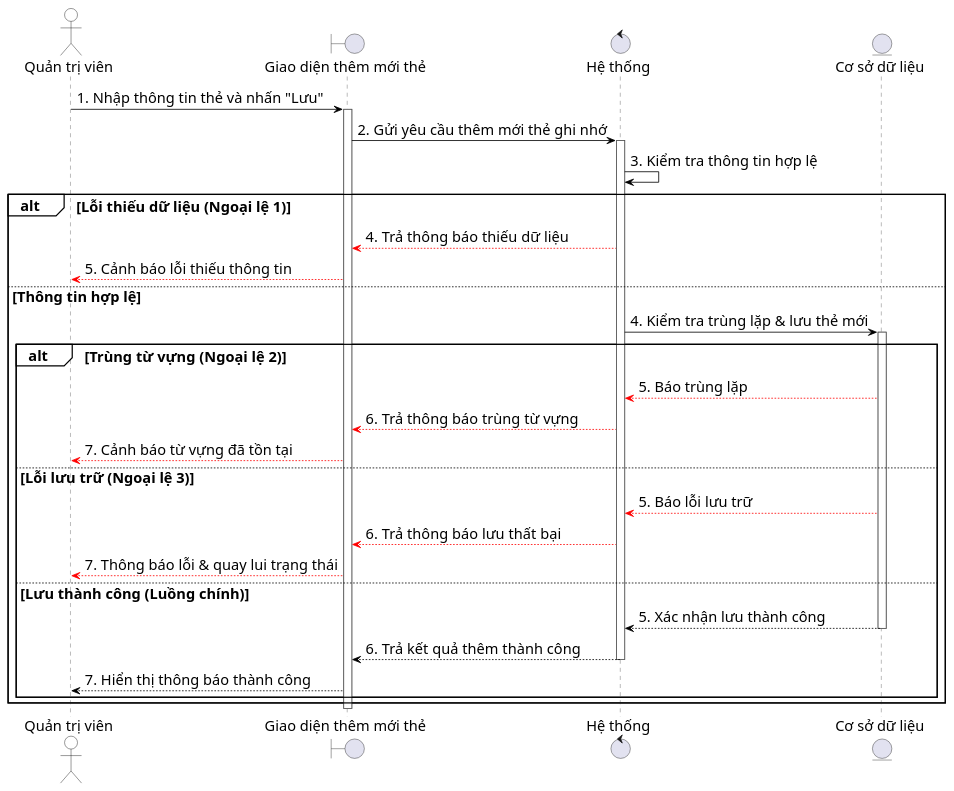
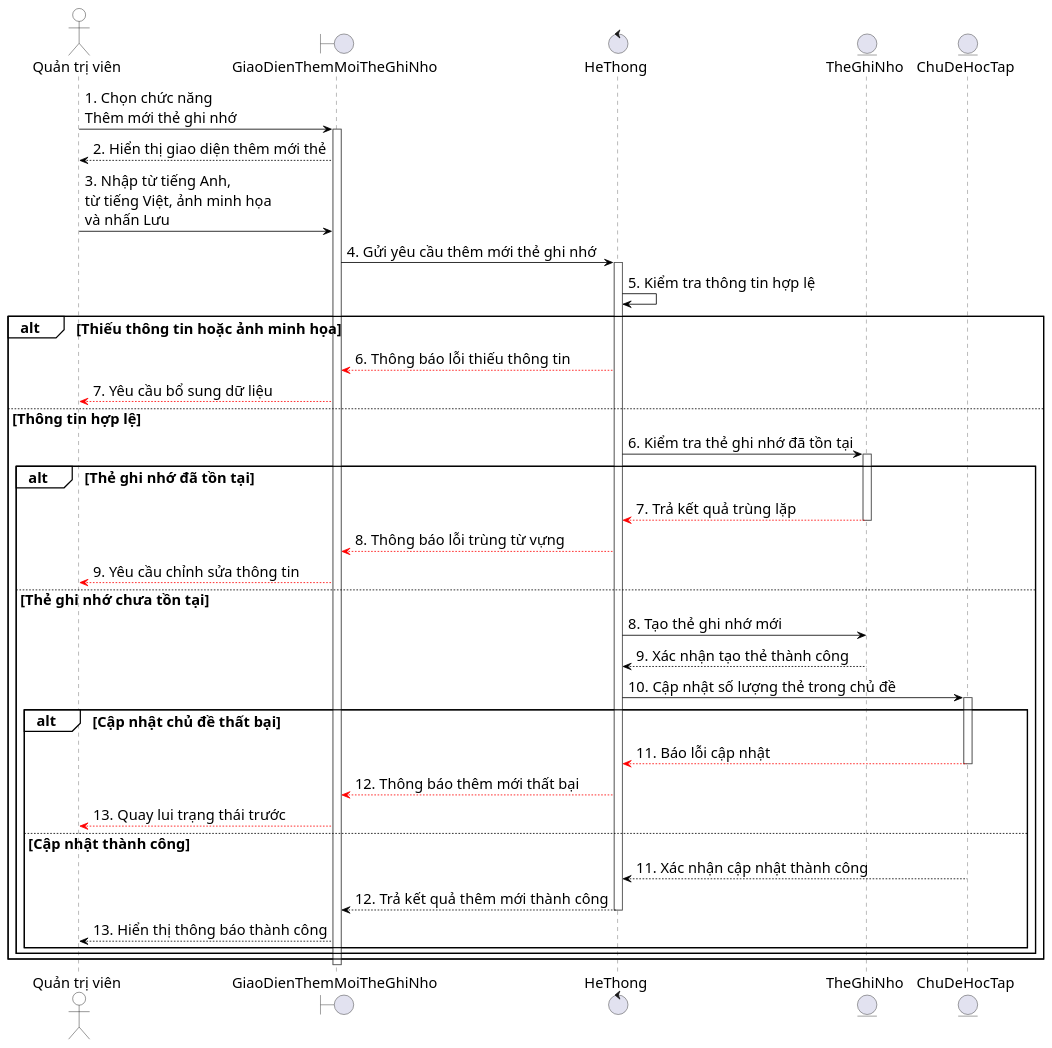
Before and after one commit to mitiie/KidX: the diagram in docs/SD/sequence_diagram_add_flashcard.puml, drawn with PlantUML. The commit also changed 22 other files, not shown here.

```diff
--- a/docs/SD/sequence_diagram_add_flashcard.puml
+++ b/docs/SD/sequence_diagram_add_flashcard.puml
@@ -1,61 +1,84 @@
 @startuml SD_ThemMoiTheGhiNho
+
 skinparam defaultFontName Arial
 skinparam defaultFontSize 18
 skinparam shadowing false
 
 skinparam sequence {
   ParticipantBorderColor Black
   ParticipantBackgroundColor White
   ActorBorderColor Black
   ActorBackgroundColor White
   LifeLineBorderColor #555555
   LifeLineBackgroundColor White
   ArrowColor Black
   GroupBorderColor Black
   GroupBackgroundColor White
   ActivationBorderColor Black
   ActivationBackgroundColor #EEEEEE
 }
 
 actor "Quản trị viên" as Admin
-boundary "Giao diện thêm mới thẻ" as UI
-control "Hệ thống" as Controller
-entity "Cơ sở dữ liệu" as CSDL
+boundary "GiaoDienThemMoiTheGhiNho" as UI
+control "HeThong" as Controller
+entity "TheGhiNho" as TheGhiNho
+entity "ChuDeHocTap" as ChuDeHocTap
 
-Admin -> UI : 1. Nhập thông tin thẻ và nhấn "Lưu"
+Admin -> UI : 1. Chọn chức năng\nThêm mới thẻ ghi nhớ
 activate UI
 
-UI -> Controller : 2. Gửi yêu cầu thêm mới thẻ ghi nhớ
+UI --> Admin : 2. Hiển thị giao diện thêm mới thẻ
+
+Admin -> UI : 3. Nhập từ tiếng Anh,\ntừ tiếng Việt, ảnh minh họa\nvà nhấn Lưu
+
+UI -> Controller : 4. Gửi yêu cầu thêm mới thẻ ghi nhớ
 activate Controller
 
-Controller -> Controller : 3. Kiểm tra thông tin hợp lệ
+Controller -> Controller : 5. Kiểm tra thông tin hợp lệ
 
-alt Lỗi thiếu dữ liệu (Ngoại lệ 1)
-  Controller --[#red]> UI : 4. Trả thông báo thiếu dữ liệu
-  UI --[#red]> Admin : 5. Cảnh báo lỗi thiếu thông tin
+alt Thiếu thông tin hoặc ảnh minh họa
+    Controller --[#red]> UI : 6. Thông báo lỗi thiếu thông tin
+    UI --[#red]> Admin : 7. Yêu cầu bổ sung dữ liệu
 
 else Thông tin hợp lệ
-  Controller -> CSDL : 4. Kiểm tra trùng lặp & lưu thẻ mới
-  activate CSDL
-  
-  alt Trùng từ vựng (Ngoại lệ 2)
-    CSDL --[#red]> Controller : 5. Báo trùng lặp
-    Controller --[#red]> UI : 6. Trả thông báo trùng từ vựng
-    UI --[#red]> Admin : 7. Cảnh báo từ vựng đã tồn tại
-    
-  else Lỗi lưu trữ (Ngoại lệ 3)
-    CSDL --[#red]> Controller : 5. Báo lỗi lưu trữ
-    Controller --[#red]> UI : 6. Trả thông báo lưu thất bại
-    UI --[#red]> Admin : 7. Thông báo lỗi & quay lui trạng thái
-    
-  else Lưu thành công (Luồng chính)
-    CSDL --> Controller : 5. Xác nhận lưu thành công
-    deactivate CSDL
-    Controller --> UI : 6. Trả kết quả thêm thành công
-    deactivate Controller
-    UI --> Admin : 7. Hiển thị thông báo thành công
-  end
+    Controller -> TheGhiNho : 6. Kiểm tra thẻ ghi nhớ đã tồn tại
+    activate TheGhiNho
+
+    alt Thẻ ghi nhớ đã tồn tại
+        TheGhiNho --[#red]> Controller : 7. Trả kết quả trùng lặp
+        deactivate TheGhiNho
+
+        Controller --[#red]> UI : 8. Thông báo lỗi trùng từ vựng
+        UI --[#red]> Admin : 9. Yêu cầu chỉnh sửa thông tin
+
+    else Thẻ ghi nhớ chưa tồn tại
+        Controller -> TheGhiNho : 8. Tạo thẻ ghi nhớ mới
+        TheGhiNho --> Controller : 9. Xác nhận tạo thẻ thành công
+        deactivate TheGhiNho
+
+        Controller -> ChuDeHocTap : 10. Cập nhật số lượng thẻ trong chủ đề
+        activate ChuDeHocTap
+
+        alt Cập nhật chủ đề thất bại
+            ChuDeHocTap --[#red]> Controller : 11. Báo lỗi cập nhật
+
+            deactivate ChuDeHocTap
+
+            Controller --[#red]> UI : 12. Thông báo thêm mới thất bại
+            UI --[#red]> Admin : 13. Quay lui trạng thái trước
+
+        else Cập nhật thành công
+            ChuDeHocTap --> Controller : 11. Xác nhận cập nhật thành công
+            deactivate ChuDeHocTap
+
+            Controller --> UI : 12. Trả kết quả thêm mới thành công
+            deactivate Controller
+
+            UI --> Admin : 13. Hiển thị thông báo thành công
+        end
+    end
 end
 
 deactivate UI
+
 @enduml
```
